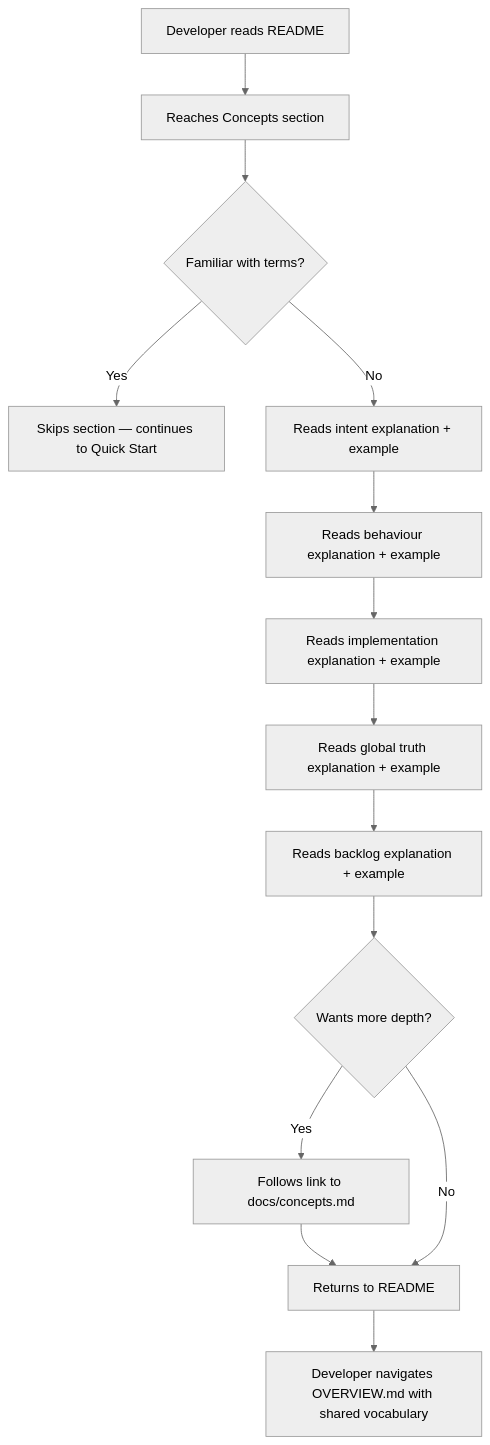
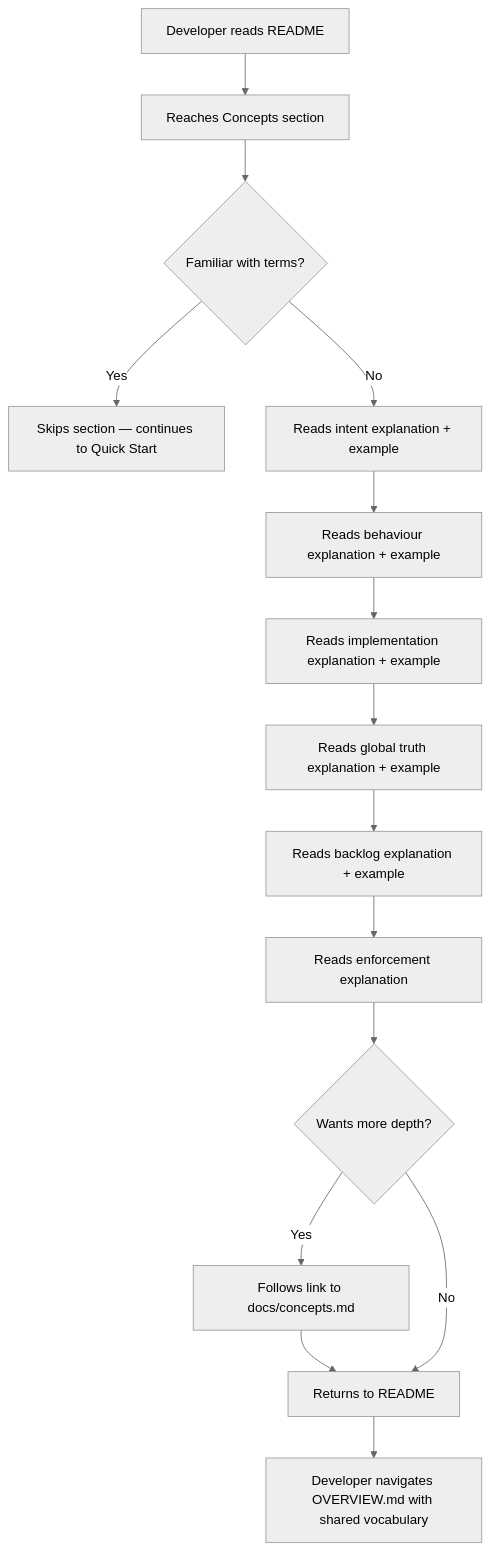
One commit to imix/taproot changed the diagram in taproot/project-presentation/conceptual-orientation/usecase.md. Above: the diagram before and after it, drawn with Mermaid (neutral theme). The commit also changed other lines of this file and 2 other files, not shown here.

Commit message:
taproot(project-presentation/conceptual-orientation): extend spec with enforcement model (AC-6)

````diff
--- a/taproot/project-presentation/conceptual-orientation/usecase.md
+++ b/taproot/project-presentation/conceptual-orientation/usecase.md
@@ -52,16 +54,17 @@
 ```mermaid
 flowchart TD
     A[Developer reads README] --> B[Reaches Concepts section]
     B --> C{Familiar with terms?}
     C -->|Yes| D[Skips section — continues to Quick Start]
     C -->|No| E[Reads intent explanation + example]
     E --> F[Reads behaviour explanation + example]
     F --> G[Reads implementation explanation + example]
     G --> H[Reads global truth explanation + example]
     H --> I[Reads backlog explanation + example]
-    I --> J{Wants more depth?}
+    I --> I2[Reads enforcement explanation]
+    I2 --> J{Wants more depth?}
     J -->|Yes| K[Follows link to docs/concepts.md]
     K --> L[Returns to README]
     J -->|No| L
     L --> M[Developer navigates OVERVIEW.md with shared vocabulary]
 ```
````
